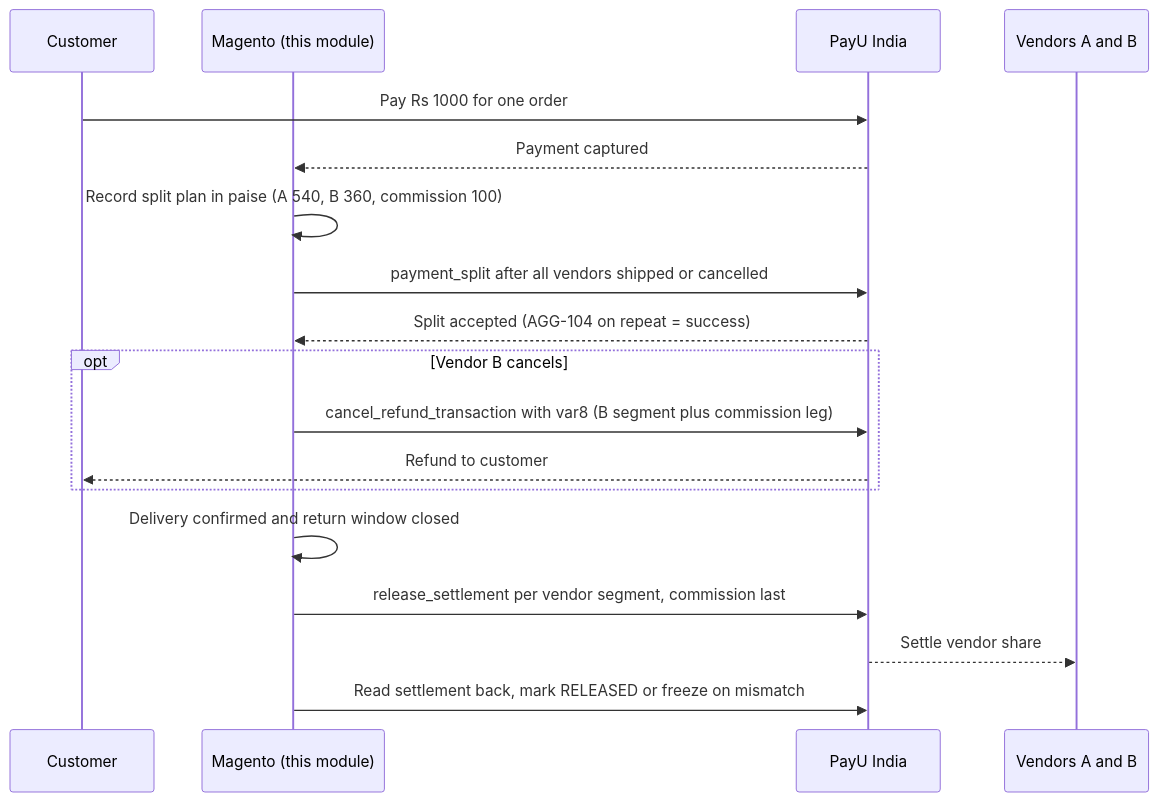
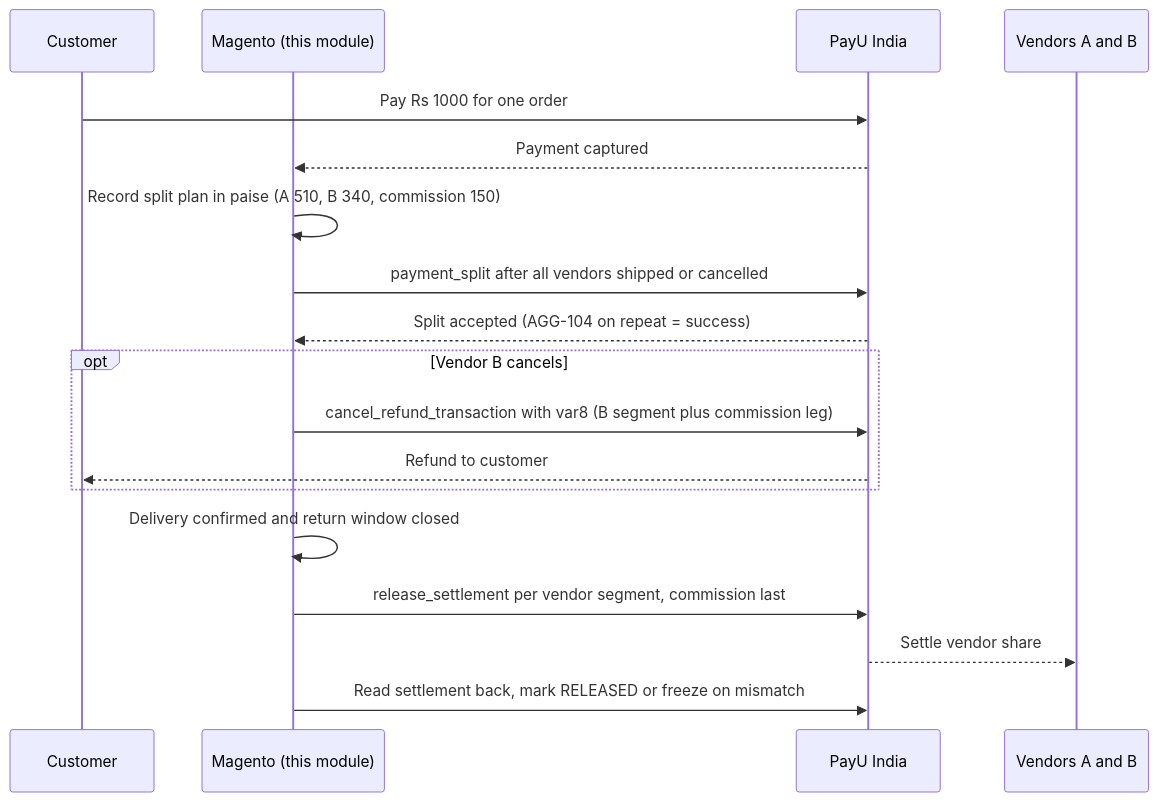
One commit to iamrobindhiman/magento2-payu-split-settlement changed the first of 2 diagrams in README.md. Above: the diagram before and after it, drawn with Mermaid. The commit also changed other lines of this file and 7 other files, not shown here.

````diff
--- a/README.md
+++ b/README.md
@@ -69,20 +69,20 @@
 ```mermaid
 sequenceDiagram
     participant C as Customer
     participant M as Magento (this module)
     participant P as PayU India
     participant V as Vendors A and B
     C->>P: Pay Rs 1000 for one order
     P-->>M: Payment captured
-    M->>M: Record split plan in paise (A 540, B 360, commission 100)
+    M->>M: Record split plan in paise (A 510, B 340, commission 150)
     M->>P: payment_split after all vendors shipped or cancelled
     P-->>M: Split accepted (AGG-104 on repeat = success)
     opt Vendor B cancels
         M->>P: cancel_refund_transaction with var8 (B segment plus commission leg)
         P-->>C: Refund to customer
     end
     M->>M: Delivery confirmed and return window closed
     M->>P: release_settlement per vendor segment, commission last
     P-->>V: Settle vendor share
     M->>P: Read settlement back, mark RELEASED or freeze on mismatch
 ```
````
